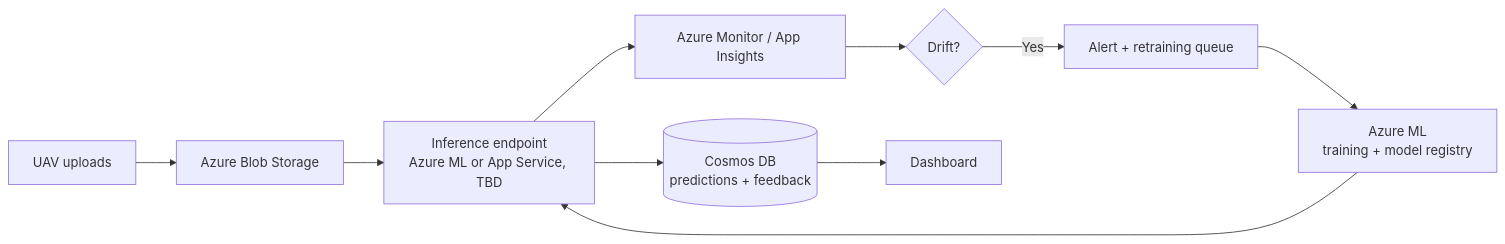
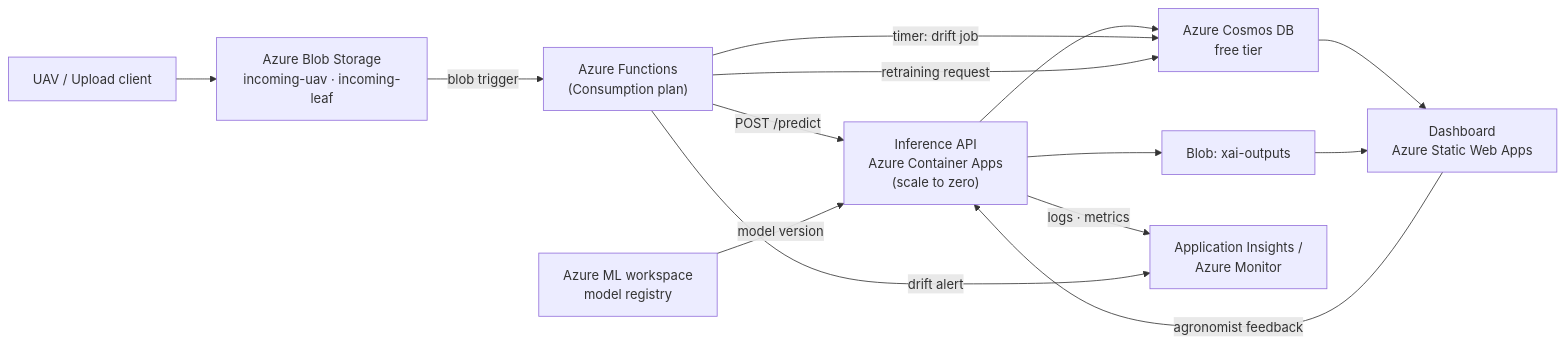
One commit to keshavsukhija9/CropDiseaseXAI_Azure_Cloud_Project_2026 changed the eighth of 11 diagrams in ARCHITECTURE.md. Above: the diagram before and after it, drawn with Mermaid. The commit also changed other lines of this file, not shown here.

Commit message:
Updated Architecture of project

````diff
--- a/ARCHITECTURE.md
+++ b/ARCHITECTURE.md
@@ -284,11 +405,16 @@
 ```mermaid
 flowchart LR
-    D["UAV uploads"] --> B["Azure Blob Storage"]
-    B --> I["Inference endpoint<br/>Azure ML or App Service, TBD"]
-    AML["Azure ML<br/>training + model registry"] --> I
-    I --> C[("Cosmos DB<br/>predictions + feedback")]
-    I --> M["Azure Monitor / App Insights"]
-    M --> DR{"Drift?"}
-    DR -->|"Yes"| AL["Alert + retraining queue"] --> AML
-    C --> DASH["Dashboard"]
+    UP["UAV / Upload client"] --> BLOB["Azure Blob Storage<br/>incoming-uav · incoming-leaf"]
+    BLOB -->|blob trigger| FN["Azure Functions<br/>(Consumption plan)"]
+    FN -->|POST /predict| API["Inference API<br/>Azure Container Apps<br/>(scale to zero)"]
+    AML["Azure ML workspace<br/>model registry"] -->|model version| API
+    API --> COS["Azure Cosmos DB<br/>free tier"]
+    API --> XB["Blob: xai-outputs"]
+    COS --> DASH["Dashboard<br/>Azure Static Web Apps"]
+    XB --> DASH
+    DASH -->|agronomist feedback| API
+    API -->|logs · metrics| AI["Application Insights /<br/>Azure Monitor"]
+    FN -->|timer: drift job| COS
+    FN -->|drift alert| AI
+    FN -->|retraining request| COS
 ```
````
